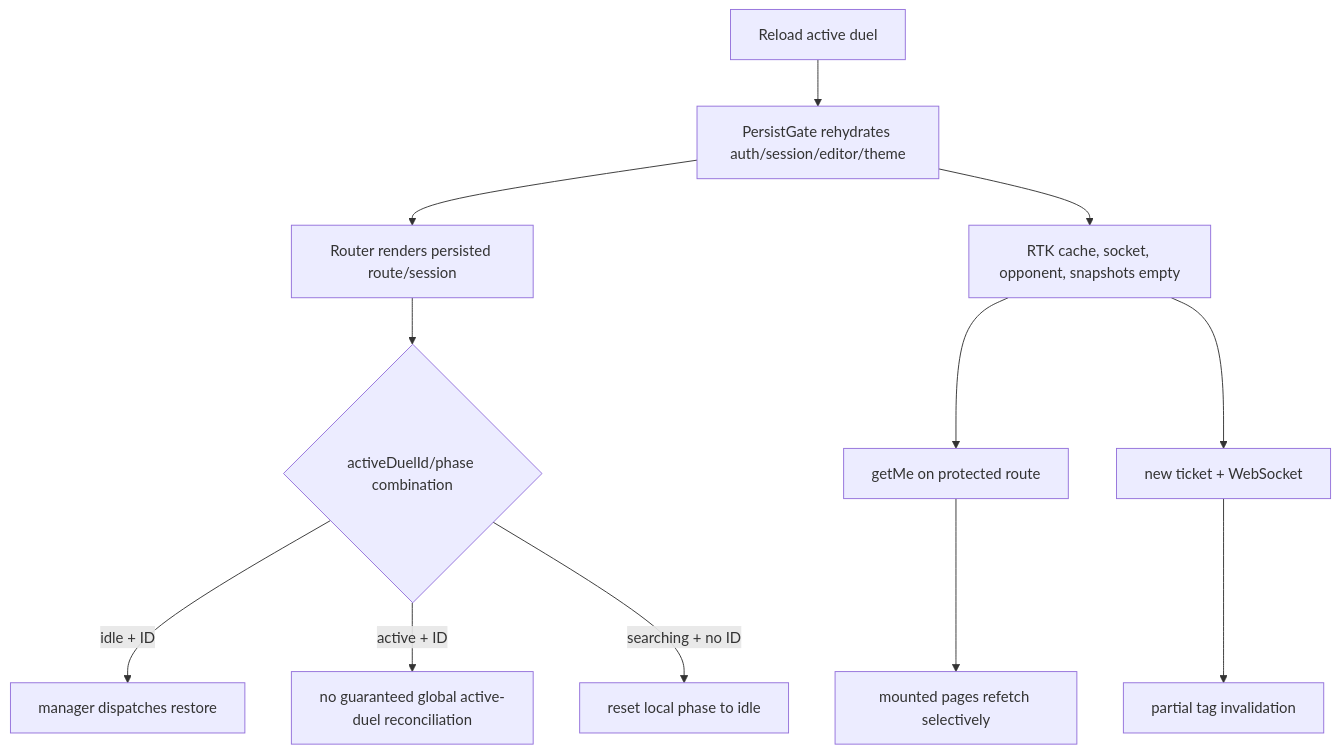
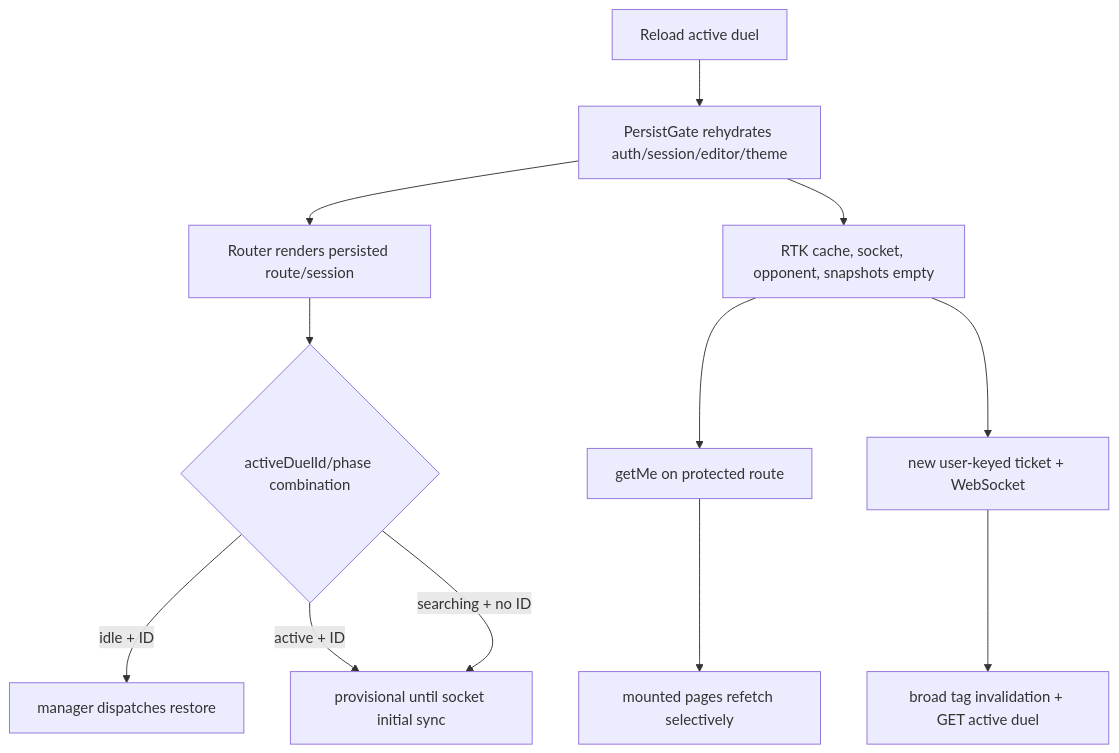
Before and after one commit to DIvanCode/CoDuels-Frontend: the diagram in docs/processes/reload-recovery-and-multiple-tabs.md, drawn with Mermaid. The commit also changed other lines of this file and 53 other files, not shown here.

````diff
--- a/docs/processes/reload-recovery-and-multiple-tabs.md
+++ b/docs/processes/reload-recovery-and-multiple-tabs.md
@@ -46,14 +46,14 @@
 ```mermaid
 flowchart TD
     reload["Reload active duel"] --> gate["PersistGate rehydrates auth/session/editor/theme"]
     gate --> route["Router renders persisted route/session"]
     gate --> empty["RTK cache, socket, opponent, snapshots empty"]
     empty --> auth["getMe on protected route"]
-    empty --> socket["new ticket + WebSocket"]
+    empty --> socket["new user-keyed ticket + WebSocket"]
     route --> active{"activeDuelId/phase combination"}
     active -- idle + ID --> restore["manager dispatches restore"]
-    active -- active + ID --> retained["no guaranteed global active-duel reconciliation"]
-    active -- searching + no ID --> reset["reset local phase to idle"]
+    active -- active + ID --> provisional["provisional until socket initial sync"]
+    active -- searching + no ID --> provisional
     auth --> queries["mounted pages refetch selectively"]
-    socket --> invalidate["partial tag invalidation"]
+    socket --> invalidate["broad tag invalidation + GET active duel"]
 ```
````
